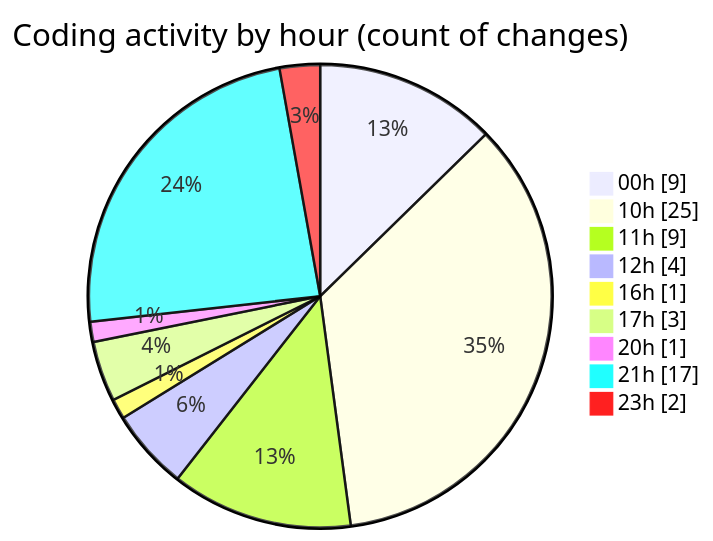
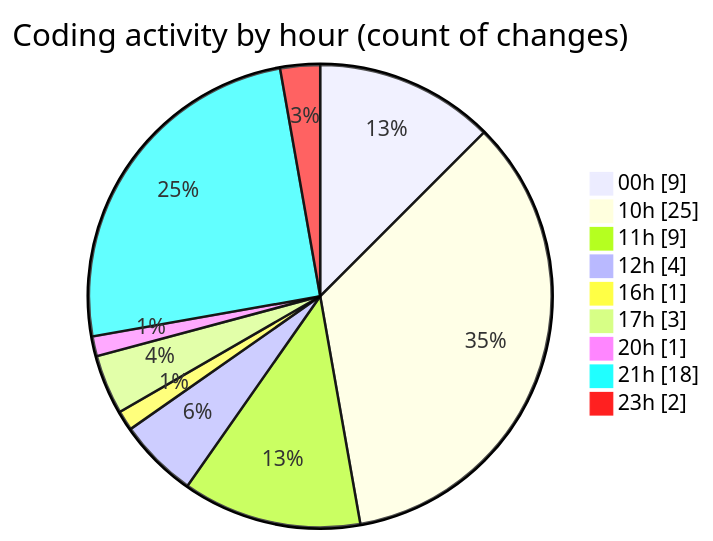
Before and after one commit to julien-gomy/code-tracking: the second of 2 diagrams in 2025-11-15/cdp_aleoudev_fr__workspace_/README.md, drawn with Mermaid. The commit also changed other lines of this file and 1 other file, not shown here.

````diff
--- a/2025-11-15/cdp_aleoudev_fr__workspace_/README.md
+++ b/2025-11-15/cdp_aleoudev_fr__workspace_/README.md
@@ -39,13 +39,13 @@
 ```mermaid
 pie showData
 title Coding activity by hour (count of changes)
 "00h" : 9
 "10h" : 25
 "11h" : 9
 "12h" : 4
 "16h" : 1
 "17h" : 3
 "20h" : 1
-"21h" : 17
+"21h" : 18
 "23h" : 2
 ```
````
